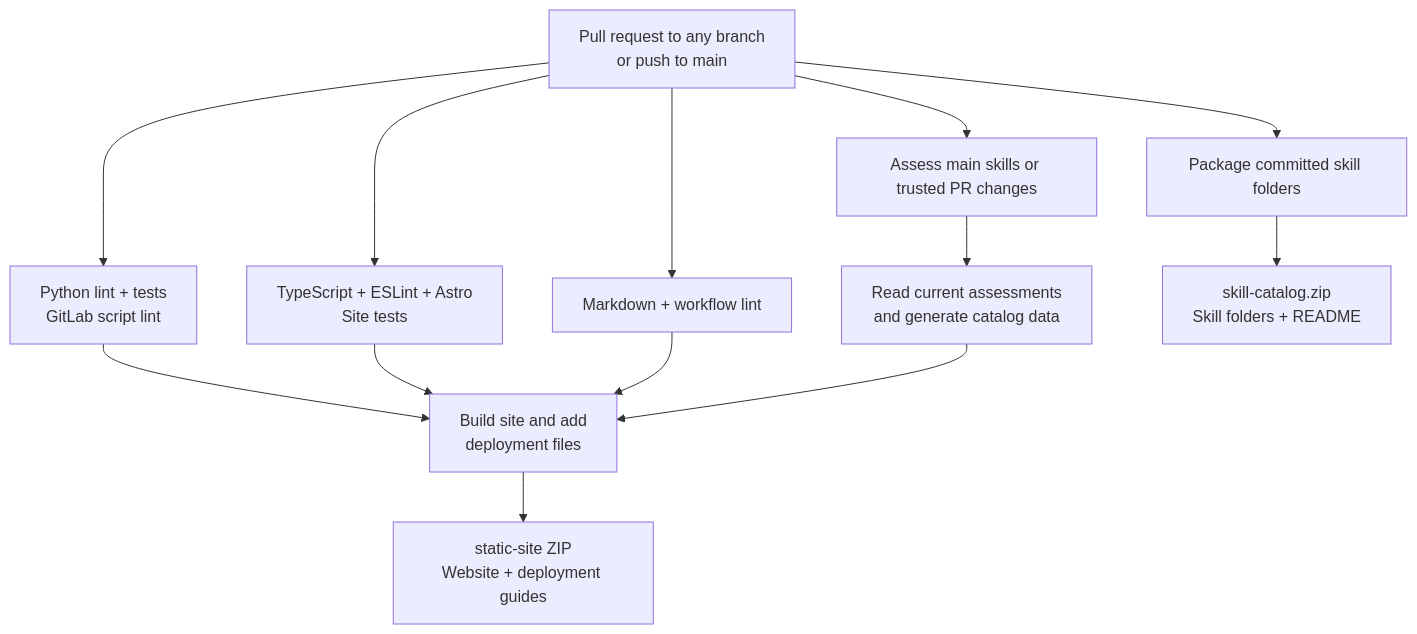
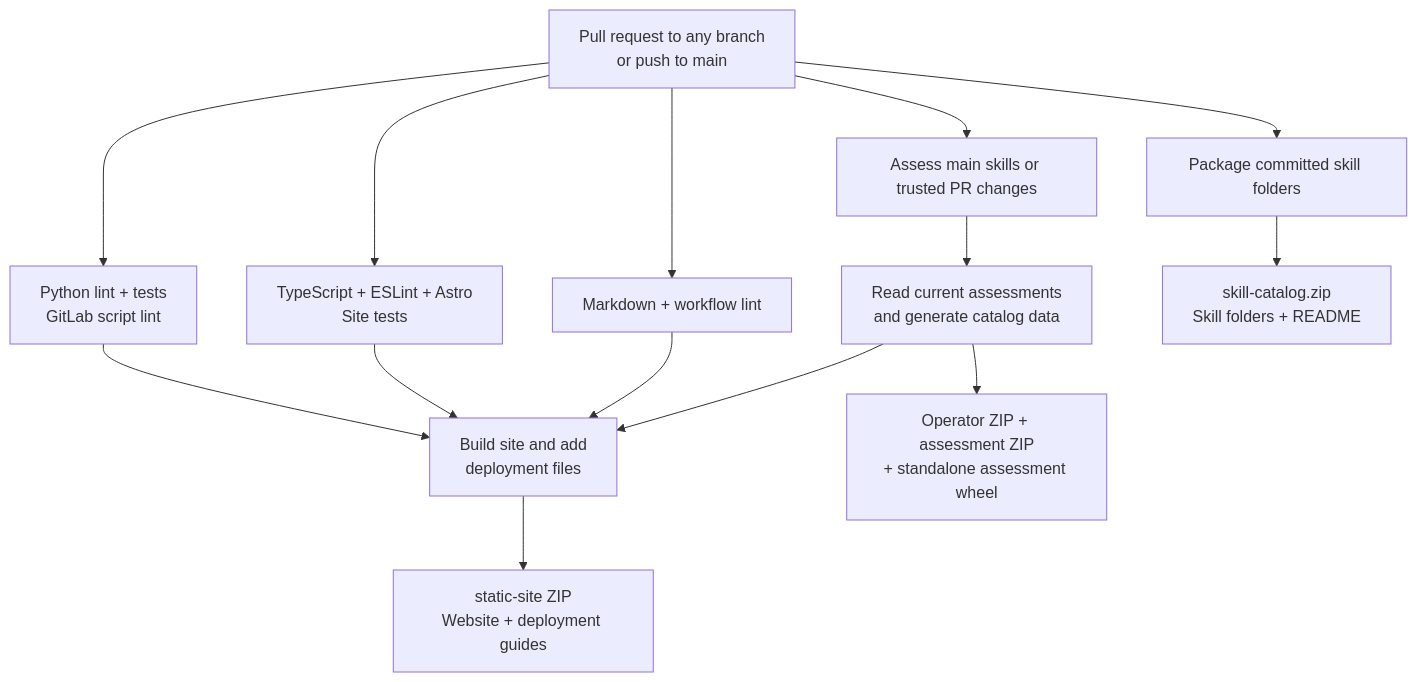
The first of 2 diagrams in CI.md (Code-dot-mil/SkLC), drawn with Mermaid before and after one commit. The commit also changed other lines of this file and 16 other files, not shown here.

````diff
--- a/CI.md
+++ b/CI.md
@@ -12,16 +12,17 @@
 ```mermaid
 flowchart TD
     A["Pull request to any branch<br/>or push to main"]
     A --> P["Python lint + tests<br/>GitLab script lint"]
     A --> S["TypeScript + ESLint + Astro<br/>Site tests"]
     A --> L["Markdown + workflow lint"]
     A --> Q["Assess main skills or trusted PR changes"]
     Q --> E["Read current assessments<br/>and generate catalog data"]
     A --> C["Package committed skill folders"]
     P --> B["Build site and add<br/>deployment files"]
     S --> B
     L --> B
     E --> B
     B --> W["static-site ZIP<br/>Website + deployment guides"]
     C --> Z["skill-catalog.zip<br/>Skill folders + README"]
+    E --> O["Operator ZIP + assessment ZIP<br/>+ standalone assessment wheel"]
 ```
````
